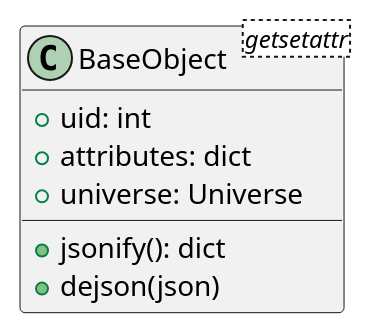
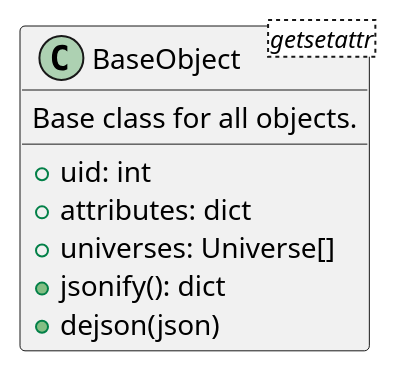
One commit to mishaturnbull/edgegraph changed the diagram in docs/img/baseobj.iuml. Above: the diagram before and after it, drawn with PlantUML. The commit also changed 13 other files, not shown here.

```diff
--- a/docs/img/baseobj.iuml
+++ b/docs/img/baseobj.iuml
@@ -1,11 +1,13 @@
 @startuml
 
 class BaseObject<getsetattr> {
+    Base class for all objects.
+    __
     {field} +uid: int
     {field} +attributes: dict
-    {field} +universe: Universe
+    {field} +universes: Universe[]
     {method} +jsonify(): dict
     {method} +dejson(json)
 }
 
 @enduml
```
